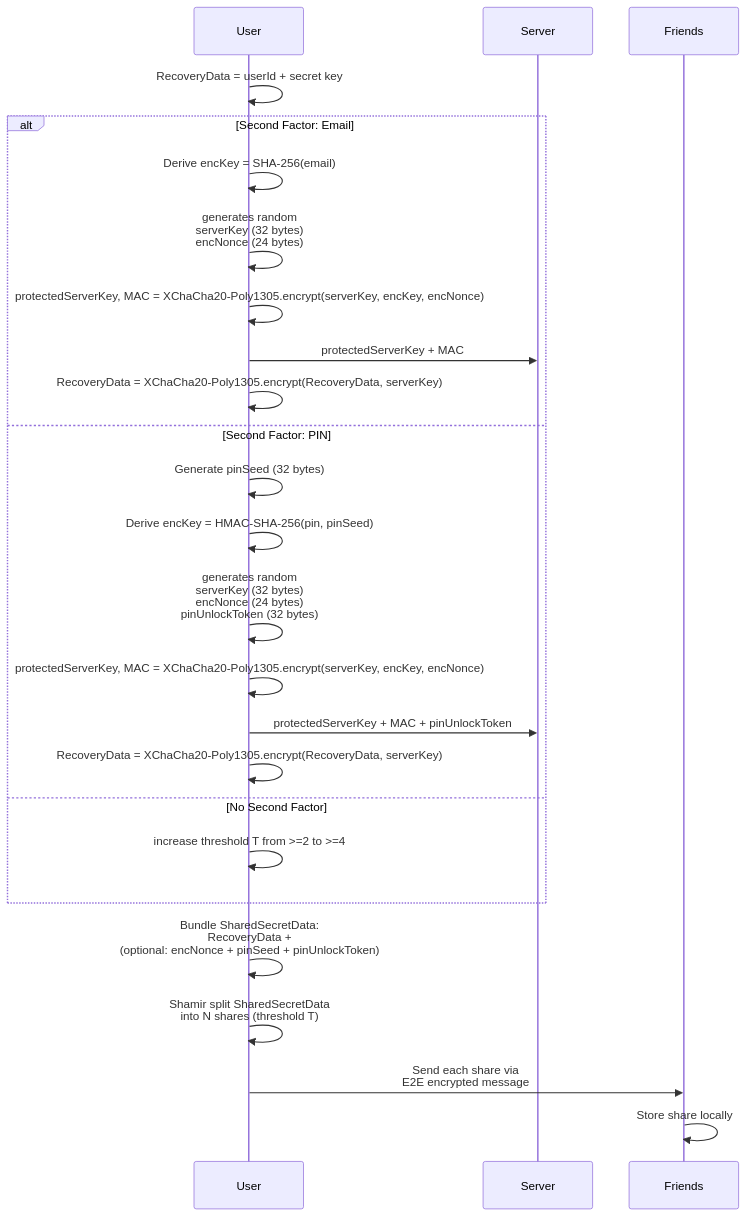
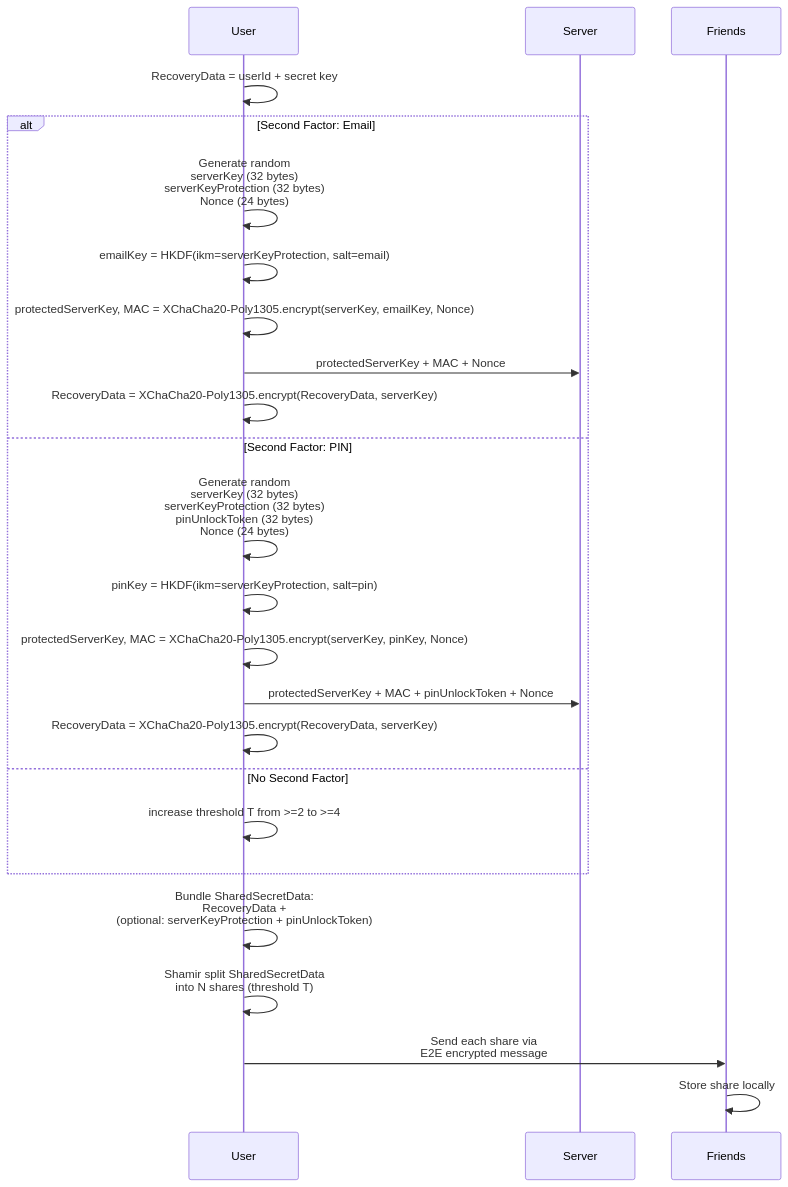
Before and after one commit to otsmr/otsmr.github.io: the first of 3 diagrams in pages/blog/2026-passwordless-recovery/index.md, drawn with Mermaid. The commit also changed other lines of this file, not shown here.

````diff
--- a/pages/blog/2026-passwordless-recovery/index.md
+++ b/pages/blog/2026-passwordless-recovery/index.md
@@ -25,32 +29,31 @@
 ```mermaid
 sequenceDiagram
     participant U as User
     participant S as Server
     participant F as Friends
 
     U->>U: RecoveryData = userId + secret key
 
     alt Second Factor: Email
-        U->>U: Derive encKey = SHA-256(email)
-        U->>U: generates random<br/>serverKey (32 bytes)<br/>encNonce (24 bytes)
-        U->>U: protectedServerKey, MAC = XChaCha20-Poly1305.encrypt(serverKey, encKey, encNonce)
-        U->>S: protectedServerKey + MAC
+        U->>U: Generate random<br/>serverKey (32 bytes)<br/>serverKeyProtection (32 bytes)<br/>Nonce (24 bytes)
+        U->>U: emailKey = HKDF(ikm=serverKeyProtection, salt=email)
+        U->>U: protectedServerKey, MAC = XChaCha20-Poly1305.encrypt(serverKey, emailKey, Nonce)
+        U->>S: protectedServerKey + MAC + Nonce
         U->>U: RecoveryData = XChaCha20-Poly1305.encrypt(RecoveryData, serverKey)
     else Second Factor: PIN
-        U->>U: Generate pinSeed (32 bytes)
-        U->>U: Derive encKey = HMAC-SHA-256(pin, pinSeed)
-        U->>U: generates random<br/>serverKey (32 bytes)<br/>encNonce (24 bytes)<br/>pinUnlockToken (32 bytes)
-        U->>U: protectedServerKey, MAC = XChaCha20-Poly1305.encrypt(serverKey, encKey, encNonce)
-        U->>S: protectedServerKey + MAC + pinUnlockToken
+        U->>U: Generate random<br/>serverKey (32 bytes)<br/>serverKeyProtection (32 bytes)<br/>pinUnlockToken (32 bytes)<br/>Nonce (24 bytes)
+        U->>U: pinKey = HKDF(ikm=serverKeyProtection, salt=pin)
+        U->>U: protectedServerKey, MAC = XChaCha20-Poly1305.encrypt(serverKey, pinKey, Nonce)
+        U->>S: protectedServerKey + MAC + pinUnlockToken + Nonce
         U->>U: RecoveryData = XChaCha20-Poly1305.encrypt(RecoveryData, serverKey)
     else No Second Factor
         U->>U: increase threshold T from >=2 to >=4
     end
 
-    U->>U: Bundle SharedSecretData:<br/>RecoveryData +<br/>(optional: encNonce + pinSeed + pinUnlockToken)
+    U->>U: Bundle SharedSecretData:<br/>RecoveryData +<br/>(optional: serverKeyProtection + pinUnlockToken)
 
     U->>U: Shamir split SharedSecretData<br/>into N shares (threshold T)
 
     U->>F: Send each share via<br/>E2E encrypted message
     F->>F: Store share locally
 ```
````
